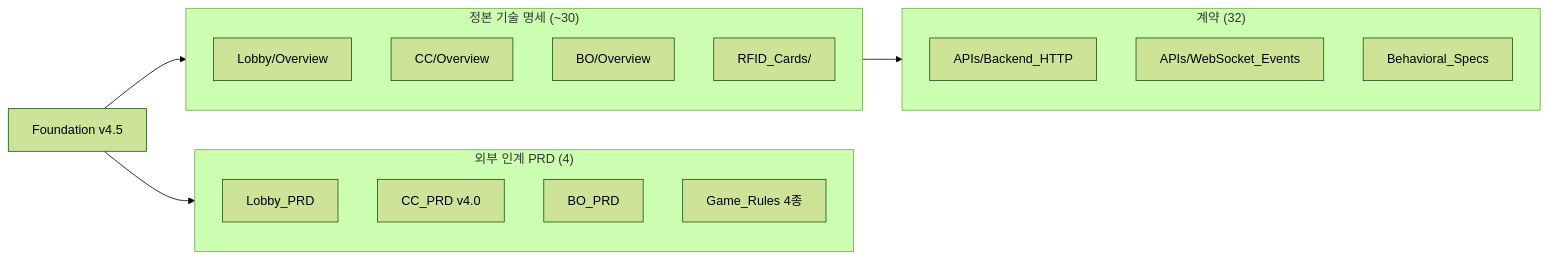
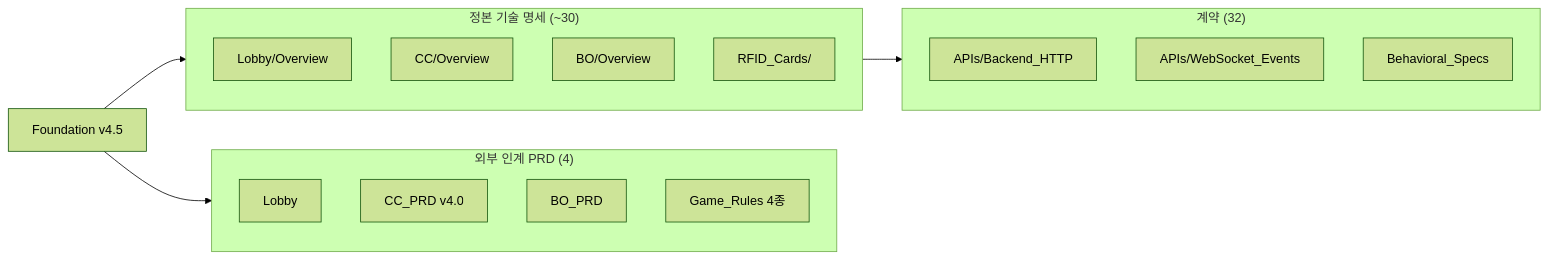
One commit to garimto81/ebs_github changed the second of 2 diagrams in docs/4. Operations/Causality_Dashboard.md. Above: the diagram before and after it, drawn with Mermaid (forest theme). The commit also changed other lines of this file and 74 other files, not shown here.

````diff
--- a/docs/4. Operations/Causality_Dashboard.md
+++ b/docs/4. Operations/Causality_Dashboard.md
@@ -68,28 +68,28 @@
 ```mermaid
 flowchart LR
     F[Foundation v4.5]
 
     subgraph EXT["외부 인계 PRD (4)"]
-        L[Lobby_PRD]
+        L[Lobby]
         C[CC_PRD v4.0]
         B[BO_PRD]
         G[Game_Rules 4종]
     end
 
     subgraph INT["정본 기술 명세 (~30)"]
         LO[Lobby/Overview]
         CO[CC/Overview]
         BO[BO/Overview]
         RFID[RFID_Cards/]
     end
 
     subgraph CONT["계약 (32)"]
         API[APIs/Backend_HTTP]
         WS[APIs/WebSocket_Events]
         BS[Behavioral_Specs]
     end
 
     F --> EXT
     F --> INT
     INT --> CONT
 ```
````
